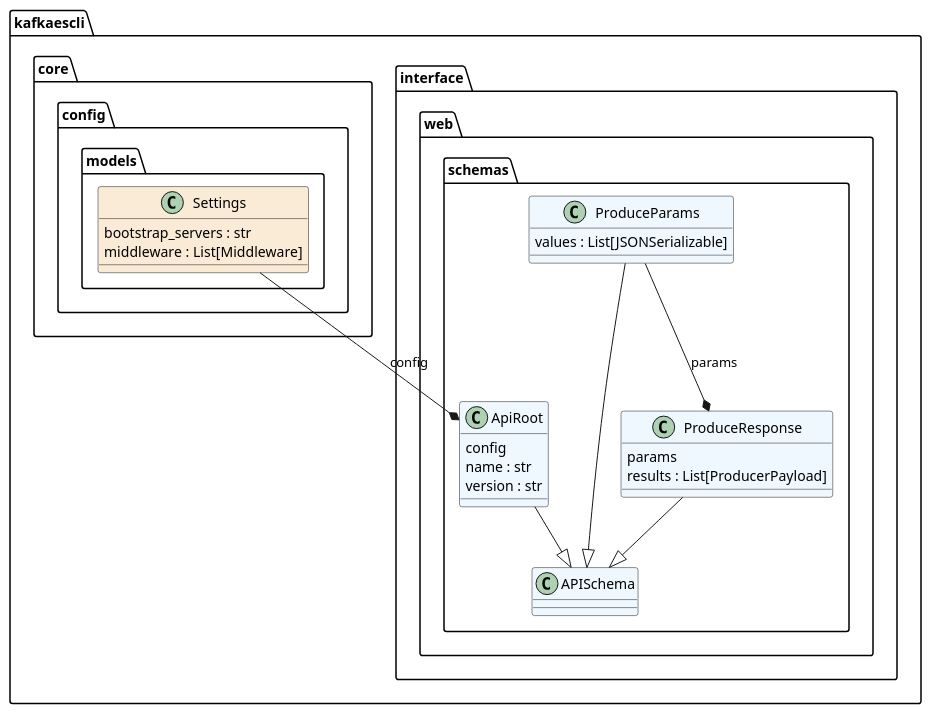
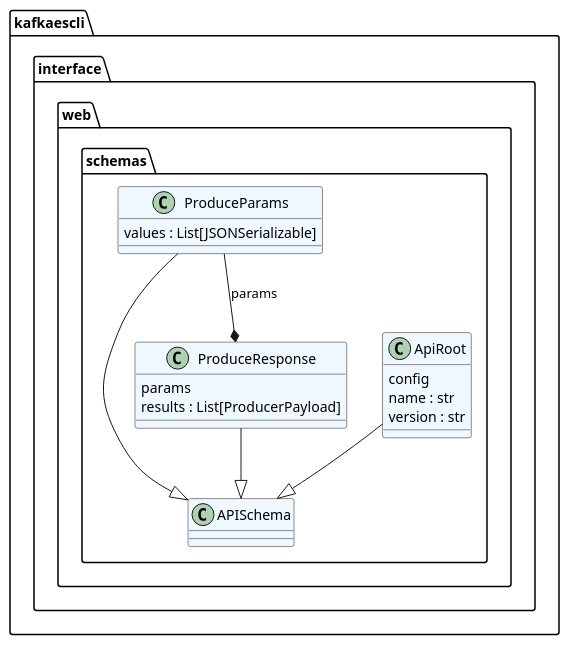
Before and after one commit to jonykalavera/kafkaescli: the diagram in docs/diagrams/classes_kafkaescli.interface.plantuml, drawn with PlantUML. The commit also changed 2 other files, not shown here.

```diff
--- a/docs/diagrams/classes_kafkaescli.interface.plantuml
+++ b/docs/diagrams/classes_kafkaescli.interface.plantuml
@@ -1,26 +1,21 @@
 @startuml classes_kafkaescli.interface
 
 class "APISchema" as kafkaescli.interface.web.schemas.APISchema #aliceblue {
 }
 class "ApiRoot" as kafkaescli.interface.web.schemas.ApiRoot #aliceblue {
   config
   name : str
   version : str
 }
 class "ProduceParams" as kafkaescli.interface.web.schemas.ProduceParams #aliceblue {
   values : List[JSONSerializable]
 }
 class "ProduceResponse" as kafkaescli.interface.web.schemas.ProduceResponse #aliceblue {
   params
   results : List[ProducerPayload]
 }
-class "Settings" as kafkaescli.core.config.models.Settings #antiquewhite {
-  bootstrap_servers : str
-  middleware : List[Middleware]
-}
 kafkaescli.interface.web.schemas.ApiRoot --|> kafkaescli.interface.web.schemas.APISchema
 kafkaescli.interface.web.schemas.ProduceParams --|> kafkaescli.interface.web.schemas.APISchema
 kafkaescli.interface.web.schemas.ProduceResponse --|> kafkaescli.interface.web.schemas.APISchema
-kafkaescli.core.config.models.Settings --* kafkaescli.interface.web.schemas.ApiRoot : config
 kafkaescli.interface.web.schemas.ProduceParams --* kafkaescli.interface.web.schemas.ProduceResponse : params
 @enduml
```
